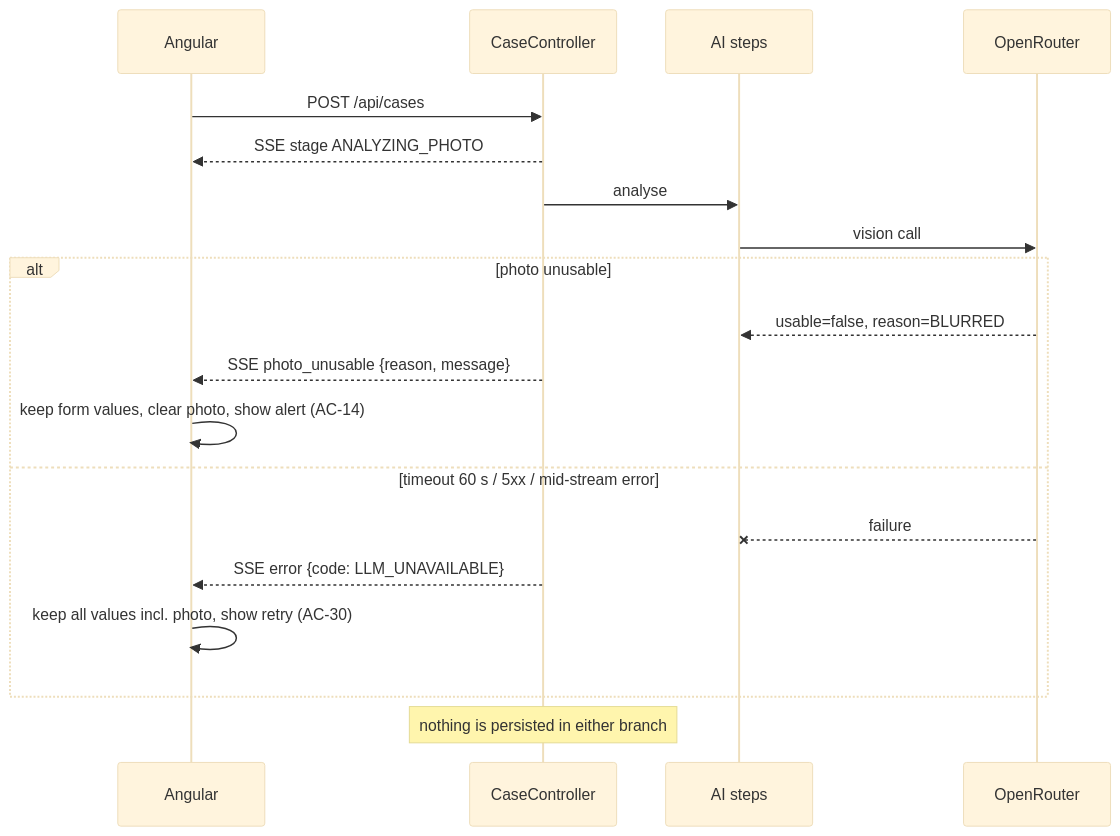
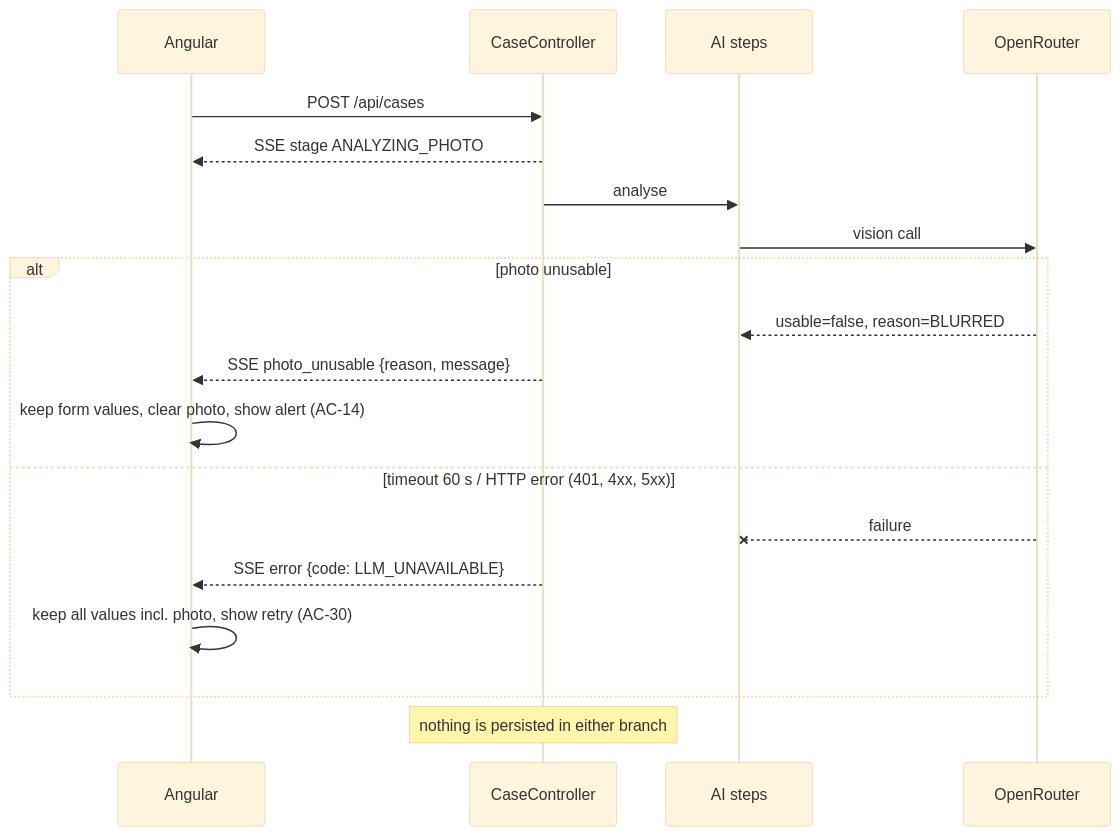
The fourth of 7 diagrams in docs/ADR/000-main-architecture.md (MajaBrog/jsystems-ai-programming-2026-11), drawn with Mermaid (base theme) before and after one commit. The commit also changed other lines of this file and 5 other files, not shown here.

````diff
--- a/docs/ADR/000-main-architecture.md
+++ b/docs/ADR/000-main-architecture.md
@@ -342,21 +342,21 @@
 ```mermaid
 sequenceDiagram
     participant FE as Angular
     participant API as CaseController
     participant AI as AI steps
     participant OR as OpenRouter
     FE->>API: POST /api/cases
     API-->>FE: SSE stage ANALYZING_PHOTO
     API->>AI: analyse
     AI->>OR: vision call
     alt photo unusable
         OR-->>AI: usable=false, reason=BLURRED
         API-->>FE: SSE photo_unusable {reason, message}
         FE->>FE: keep form values, clear photo, show alert (AC-14)
-    else timeout 60 s / 5xx / mid-stream error
+    else timeout 60 s / HTTP error (401, 4xx, 5xx)
         OR--xAI: failure
         API-->>FE: SSE error {code: LLM_UNAVAILABLE}
         FE->>FE: keep all values incl. photo, show retry (AC-30)
     end
     Note over API: nothing is persisted in either branch
 ```
````
